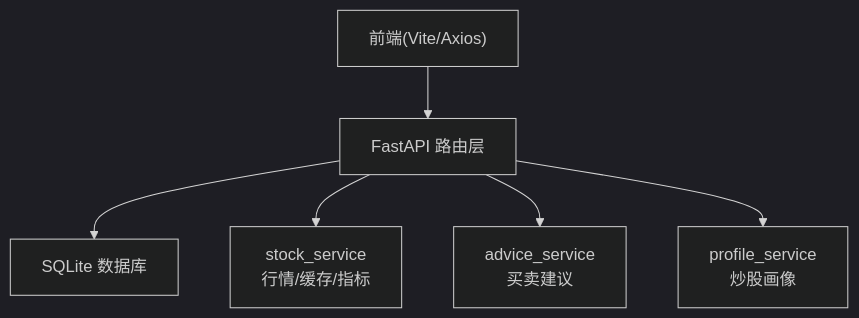
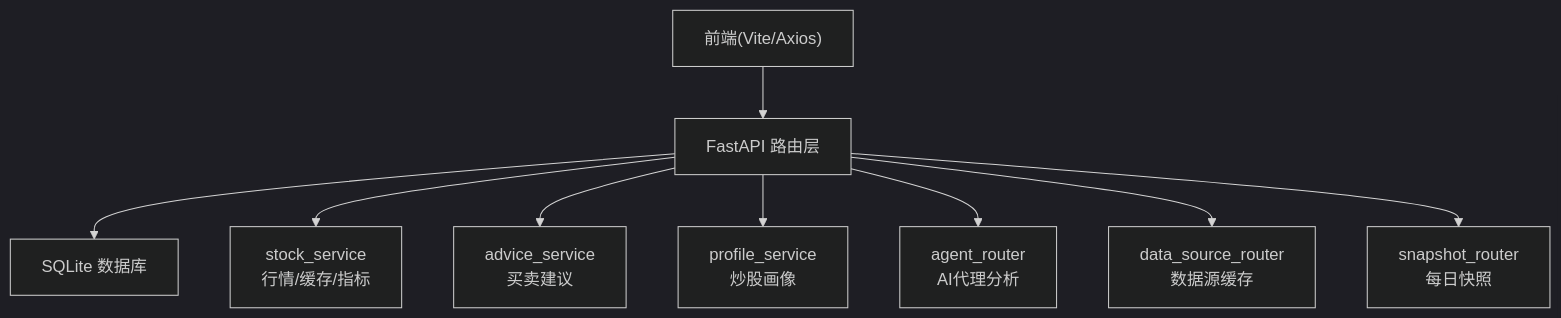
Before and after one commit to Moruime/stock_foker: the first of 3 diagrams in .qoder/repowiki/zh/content/API接口参考/API接口参考.md, drawn with Mermaid (dark theme). The commit also changed other lines of this file and 52 other files, not shown here.

````diff
--- a/.qoder/repowiki/zh/content/API接口参考/API接口参考.md
+++ b/.qoder/repowiki/zh/content/API接口参考/API接口参考.md
@@ -70,8 +64,11 @@
 ```mermaid
 graph TB
 FE["前端(Vite/Axios)"] --> API["FastAPI 路由层"]
 API --> DB["SQLite 数据库"]
 API --> SVC1["stock_service<br/>行情/缓存/指标"]
 API --> SVC2["advice_service<br/>买卖建议"]
 API --> SVC3["profile_service<br/>炒股画像"]
+API --> AGT["agent_router<br/>AI代理分析"]
+API --> DS["data_source_router<br/>数据源缓存"]
+API --> SNAP["snapshot_router<br/>每日快照"]
 ```
````
